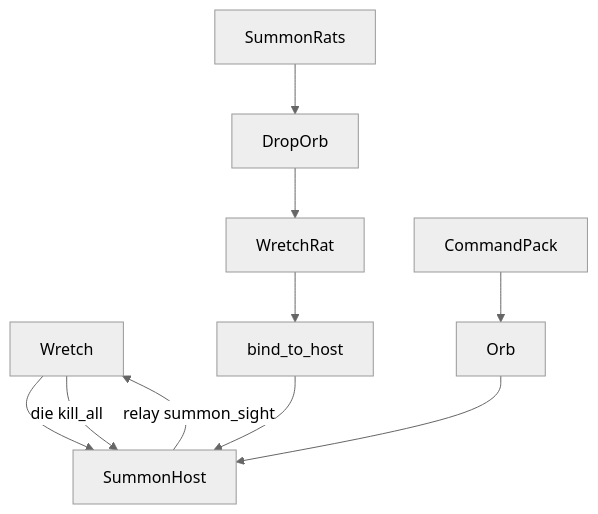
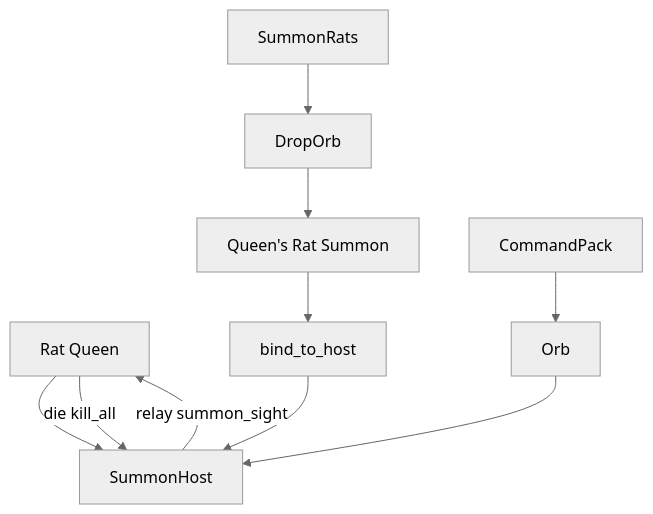
Before and after one commit to Armando-Garcia/friend-slop: the sixth of 7 diagrams in docs/monsters/README.md, drawn with Mermaid (neutral theme). The commit also changed other lines of this file and 23 other files, not shown here.

First line of the commit message:
Rename monster display names to Rat Queen, Ice Caster, Ember Caster, and Queen's Rat Summon.

````diff
--- a/docs/monsters/README.md
+++ b/docs/monsters/README.md
@@ -265,10 +265,10 @@
 ```mermaid
 flowchart TB
-  Wretch --> SummonHost
-  SummonRats --> DropOrb --> WretchRat
+  Wretch["Rat Queen"] --> SummonHost
+  SummonRats --> DropOrb --> WretchRat["Queen's Rat Summon"]
   WretchRat --> bind["bind_to_host"]
   bind --> SummonHost
   CommandPack --> Orb --> SummonHost
-  SummonHost -->|"relay summon_sight"| Wretch
+  SummonHost -->|"relay summon_sight"| Wretch["Rat Queen"]
   Wretch -->|die kill_all| SummonHost
 ```
````
